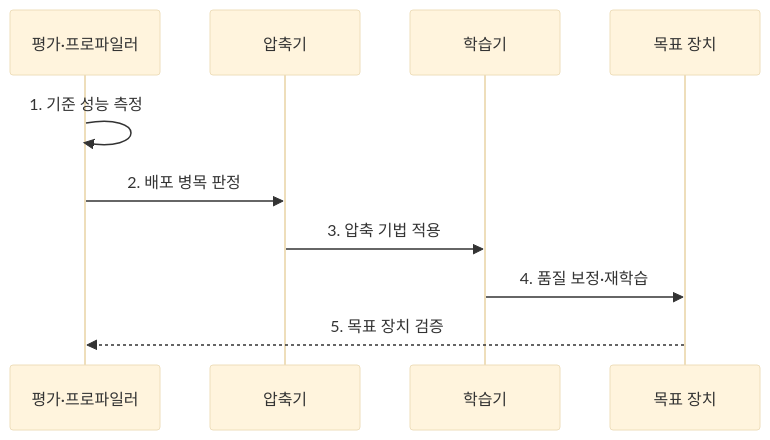
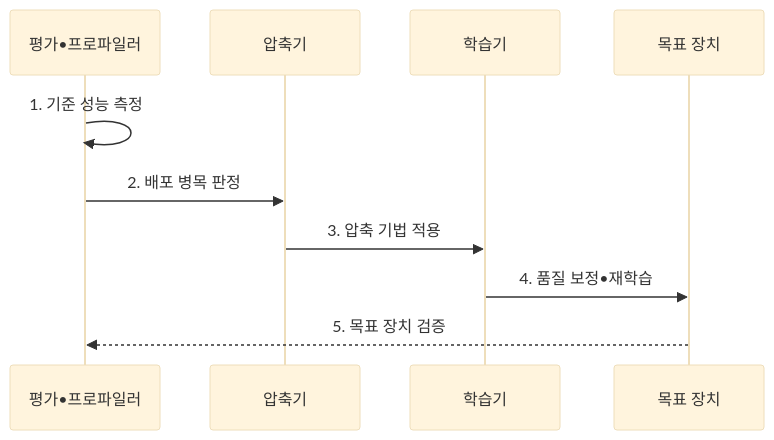
One commit to agnusdei1207/knowledge-base changed the second of 2 diagrams in src/content/docs/notes/08-latest-tech/054_model_compression.md. Above: the diagram before and after it, drawn with Mermaid (base theme). The commit also changed other lines of this file and 953 other files, not shown here.

````diff
--- a/src/content/docs/notes/08-latest-tech/054_model_compression.md
+++ b/src/content/docs/notes/08-latest-tech/054_model_compression.md
@@ -107,12 +107,12 @@
 ```mermaid
 sequenceDiagram
-    participant E as 평가·프로파일러
+    participant E as 평가•프로파일러
     participant C as 압축기
     participant T as 학습기
     participant D as 목표 장치
     E->>E: 1. 기준 성능 측정
     E->>C: 2. 배포 병목 판정
     C->>T: 3. 압축 기법 적용
-    T->>D: 4. 품질 보정·재학습
+    T->>D: 4. 품질 보정•재학습
     D-->>E: 5. 목표 장치 검증
 ```
````
